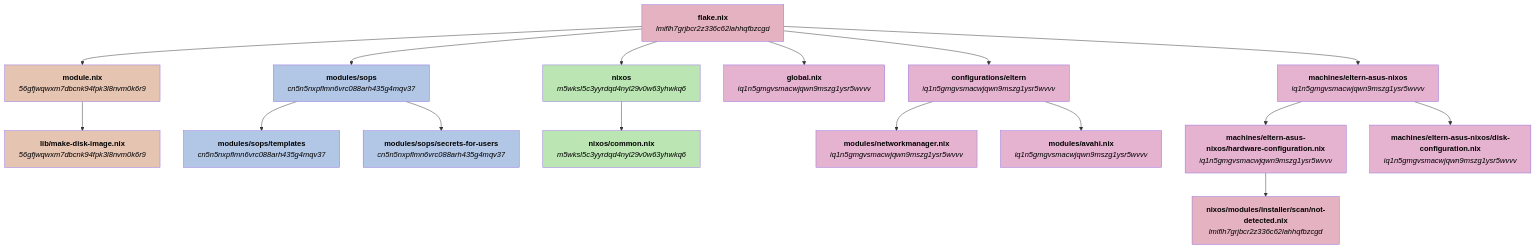
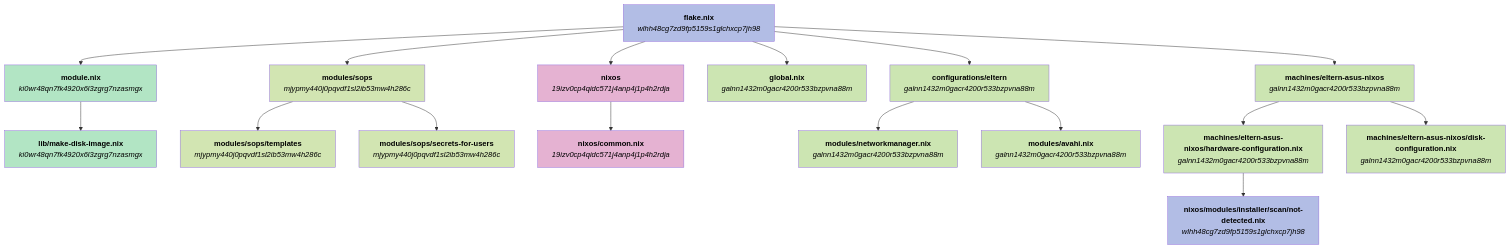
The first of 6 diagrams in GRAPHS.md (welles/nixos-config), drawn with Mermaid before and after one commit. The commit also changed other lines of this file, not shown here.

Commit message:
Update configuration graphs file

````diff
--- a/GRAPHS.md
+++ b/GRAPHS.md
@@ -5,82 +5,82 @@
 ```mermaid
 flowchart TD
-    nlmiflh7grjbcr2z336c62lahhqfbzcgd_flake_nix["`**flake.nix**
+    nwlhh48cg7zd9fp5159s1glchxcp7jh98_flake_nix["`**flake.nix**
 
-_lmiflh7grjbcr2z336c62lahhqfbzcgd_`"]
-    n56gfjwqwxm7dbcnk94fpk3l8nvm0k6r9_module_nix["`**module.nix**
+_wlhh48cg7zd9fp5159s1glchxcp7jh98_`"]
+    nki0wr48qn7fk4920x6l3zgrg7nzasmgx_module_nix["`**module.nix**
 
-_56gfjwqwxm7dbcnk94fpk3l8nvm0k6r9_`"]
-    n56gfjwqwxm7dbcnk94fpk3l8nvm0k6r9_lib_make_disk_image_nix["`**lib/make-disk-image.nix**
+_ki0wr48qn7fk4920x6l3zgrg7nzasmgx_`"]
+    nki0wr48qn7fk4920x6l3zgrg7nzasmgx_lib_make_disk_image_nix["`**lib/make-disk-image.nix**
 
-_56gfjwqwxm7dbcnk94fpk3l8nvm0k6r9_`"]
-    ncn5n5nxpflmn6vrc088arh435g4mqv37_modules_sops["`**modules/sops**
+_ki0wr48qn7fk4920x6l3zgrg7nzasmgx_`"]
+    nmjypmy440j0pqvdf1sl2ib53mw4h286c_modules_sops["`**modules/sops**
 
-_cn5n5nxpflmn6vrc088arh435g4mqv37_`"]
-    ncn5n5nxpflmn6vrc088arh435g4mqv37_modules_sops_templates["`**modules/sops/templates**
+_mjypmy440j0pqvdf1sl2ib53mw4h286c_`"]
+    nmjypmy440j0pqvdf1sl2ib53mw4h286c_modules_sops_templates["`**modules/sops/templates**
 
-_cn5n5nxpflmn6vrc088arh435g4mqv37_`"]
-    ncn5n5nxpflmn6vrc088arh435g4mqv37_modules_sops_secrets_for_users["`**modules/sops/secrets-for-users**
+_mjypmy440j0pqvdf1sl2ib53mw4h286c_`"]
+    nmjypmy440j0pqvdf1sl2ib53mw4h286c_modules_sops_secrets_for_users["`**modules/sops/secrets-for-users**
 
-_cn5n5nxpflmn6vrc088arh435g4mqv37_`"]
-    nm5wksl5c3yyrdqd4nyl29v0w63yhwkq6_nixos["`**nixos**
+_mjypmy440j0pqvdf1sl2ib53mw4h286c_`"]
+    n19izv0cp4qidc571j4anp4j1p4h2rdja_nixos["`**nixos**
 
-_m5wksl5c3yyrdqd4nyl29v0w63yhwkq6_`"]
-    nm5wksl5c3yyrdqd4nyl29v0w63yhwkq6_nixos_common_nix["`**nixos/common.nix**
+_19izv0cp4qidc571j4anp4j1p4h2rdja_`"]
+    n19izv0cp4qidc571j4anp4j1p4h2rdja_nixos_common_nix["`**nixos/common.nix**
 
-_m5wksl5c3yyrdqd4nyl29v0w63yhwkq6_`"]
-    niq1n5gmgvsmacwjqwn9mszg1ysr5wvvv_global_nix["`**global.nix**
+_19izv0cp4qidc571j4anp4j1p4h2rdja_`"]
+    ngalnn1432m0gacr4200r533bzpvna88m_global_nix["`**global.nix**
 
-_iq1n5gmgvsmacwjqwn9mszg1ysr5wvvv_`"]
-    niq1n5gmgvsmacwjqwn9mszg1ysr5wvvv_configurations_eltern["`**configurations/eltern**
+_galnn1432m0gacr4200r533bzpvna88m_`"]
+    ngalnn1432m0gacr4200r533bzpvna88m_configurations_eltern["`**configurations/eltern**
 
-_iq1n5gmgvsmacwjqwn9mszg1ysr5wvvv_`"]
-    niq1n5gmgvsmacwjqwn9mszg1ysr5wvvv_modules_networkmanager_nix["`**modules/networkmanager.nix**
+_galnn1432m0gacr4200r533bzpvna88m_`"]
+    ngalnn1432m0gacr4200r533bzpvna88m_modules_networkmanager_nix["`**modules/networkmanager.nix**
 
-_iq1n5gmgvsmacwjqwn9mszg1ysr5wvvv_`"]
-    niq1n5gmgvsmacwjqwn9mszg1ysr5wvvv_modules_avahi_nix["`**modules/avahi.nix**
+_galnn1432m0gacr4200r533bzpvna88m_`"]
+    ngalnn1432m0gacr4200r533bzpvna88m_modules_avahi_nix["`**modules/avahi.nix**
 
-_iq1n5gmgvsmacwjqwn9mszg1ysr5wvvv_`"]
-    niq1n5gmgvsmacwjqwn9mszg1ysr5wvvv_machines_eltern_asus_nixos["`**machines/eltern-asus-nixos**
+_galnn1432m0gacr4200r533bzpvna88m_`"]
+    ngalnn1432m0gacr4200r533bzpvna88m_machines_eltern_asus_nixos["`**machines/eltern-asus-nixos**
 
-_iq1n5gmgvsmacwjqwn9mszg1ysr5wvvv_`"]
-    niq1n5gmgvsmacwjqwn9mszg1ysr5wvvv_machines_eltern_asus_nixos_hardware_configuration_nix["`**machines/eltern-asus-nixos/hardware-configuration.nix**
+_galnn1432m0gacr4200r533bzpvna88m_`"]
+    ngalnn1432m0gacr4200r533bzpvna88m_machines_eltern_asus_nixos_hardware_configuration_nix["`**machines/eltern-asus-nixos/hardware-configuration.nix**
 
-_iq1n5gmgvsmacwjqwn9mszg1ysr5wvvv_`"]
-    nlmiflh7grjbcr2z336c62lahhqfbzcgd_nixos_modules_installer_scan_not_detected_nix["`**nixos/modules/installer/scan/not-detected.nix**
+_galnn1432m0gacr4200r533bzpvna88m_`"]
+    nwlhh48cg7zd9fp5159s1glchxcp7jh98_nixos_modules_installer_scan_not_detected_nix["`**nixos/modules/installer/scan/not-detected.nix**
 
-_lmiflh7grjbcr2z336c62lahhqfbzcgd_`"]
-    niq1n5gmgvsmacwjqwn9mszg1ysr5wvvv_machines_eltern_asus_nixos_disk_configuration_nix["`**machines/eltern-asus-nixos/disk-configuration.nix**
+_wlhh48cg7zd9fp5159s1glchxcp7jh98_`"]
+    ngalnn1432m0gacr4200r533bzpvna88m_machines_eltern_asus_nixos_disk_configuration_nix["`**machines/eltern-asus-nixos/disk-configuration.nix**
 
-_iq1n5gmgvsmacwjqwn9mszg1ysr5wvvv_`"]
-    nlmiflh7grjbcr2z336c62lahhqfbzcgd_flake_nix --> n56gfjwqwxm7dbcnk94fpk3l8nvm0k6r9_module_nix
-    nlmiflh7grjbcr2z336c62lahhqfbzcgd_flake_nix --> ncn5n5nxpflmn6vrc088arh435g4mqv37_modules_sops
-    nlmiflh7grjbcr2z336c62lahhqfbzcgd_flake_nix --> nm5wksl5c3yyrdqd4nyl29v0w63yhwkq6_nixos
-    nlmiflh7grjbcr2z336c62lahhqfbzcgd_flake_nix --> niq1n5gmgvsmacwjqwn9mszg1ysr5wvvv_global_nix
-    nlmiflh7grjbcr2z336c62lahhqfbzcgd_flake_nix --> niq1n5gmgvsmacwjqwn9mszg1ysr5wvvv_configurations_eltern
-    nlmiflh7grjbcr2z336c62lahhqfbzcgd_flake_nix --> niq1n5gmgvsmacwjqwn9mszg1ysr5wvvv_machines_eltern_asus_nixos
-    n56gfjwqwxm7dbcnk94fpk3l8nvm0k6r9_module_nix --> n56gfjwqwxm7dbcnk94fpk3l8nvm0k6r9_lib_make_disk_image_nix
-    ncn5n5nxpflmn6vrc088arh435g4mqv37_modules_sops --> ncn5n5nxpflmn6vrc088arh435g4mqv37_modules_sops_templates
-    ncn5n5nxpflmn6vrc088arh435g4mqv37_modules_sops --> ncn5n5nxpflmn6vrc088arh435g4mqv37_modules_sops_secrets_for_users
-    nm5wksl5c3yyrdqd4nyl29v0w63yhwkq6_nixos --> nm5wksl5c3yyrdqd4nyl29v0w63yhwkq6_nixos_common_nix
-    niq1n5gmgvsmacwjqwn9mszg1ysr5wvvv_configurations_eltern --> niq1n5gmgvsmacwjqwn9mszg1ysr5wvvv_modules_networkmanager_nix
-    niq1n5gmgvsmacwjqwn9mszg1ysr5wvvv_configurations_eltern --> niq1n5gmgvsmacwjqwn9mszg1ysr5wvvv_modules_avahi_nix
-    niq1n5gmgvsmacwjqwn9mszg1ysr5wvvv_machines_eltern_asus_nixos --> niq1n5gmgvsmacwjqwn9mszg1ysr5wvvv_machines_eltern_asus_nixos_hardware_configuration_nix
-    niq1n5gmgvsmacwjqwn9mszg1ysr5wvvv_machines_eltern_asus_nixos --> niq1n5gmgvsmacwjqwn9mszg1ysr5wvvv_machines_eltern_asus_nixos_disk_configuration_nix
-    niq1n5gmgvsmacwjqwn9mszg1ysr5wvvv_machines_eltern_asus_nixos_hardware_configuration_nix --> nlmiflh7grjbcr2z336c62lahhqfbzcgd_nixos_modules_installer_scan_not_detected_nix
-    style nlmiflh7grjbcr2z336c62lahhqfbzcgd_flake_nix fill:#e5b2c2,color:#000000
-    style n56gfjwqwxm7dbcnk94fpk3l8nvm0k6r9_module_nix fill:#e5c4b2,color:#000000
-    style n56gfjwqwxm7dbcnk94fpk3l8nvm0k6r9_lib_make_disk_image_nix fill:#e5c4b2,color:#000000
-    style ncn5n5nxpflmn6vrc088arh435g4mqv37_modules_sops fill:#b2c6e5,color:#000000
-    style ncn5n5nxpflmn6vrc088arh435g4mqv37_modules_sops_templates fill:#b2c6e5,color:#000000
-    style ncn5n5nxpflmn6vrc088arh435g4mqv37_modules_sops_secrets_for_users fill:#b2c6e5,color:#000000
-    style nm5wksl5c3yyrdqd4nyl29v0w63yhwkq6_nixos fill:#bbe5b2,color:#000000
-    style nm5wksl5c3yyrdqd4nyl29v0w63yhwkq6_nixos_common_nix fill:#bbe5b2,color:#000000
-    style niq1n5gmgvsmacwjqwn9mszg1ysr5wvvv_global_nix fill:#e5b2d0,color:#000000
-    style niq1n5gmgvsmacwjqwn9mszg1ysr5wvvv_configurations_eltern fill:#e5b2d0,color:#000000
-    style niq1n5gmgvsmacwjqwn9mszg1ysr5wvvv_modules_networkmanager_nix fill:#e5b2d0,color:#000000
-    style niq1n5gmgvsmacwjqwn9mszg1ysr5wvvv_modules_avahi_nix fill:#e5b2d0,color:#000000
-    style niq1n5gmgvsmacwjqwn9mszg1ysr5wvvv_machines_eltern_asus_nixos fill:#e5b2d0,color:#000000
-    style niq1n5gmgvsmacwjqwn9mszg1ysr5wvvv_machines_eltern_asus_nixos_hardware_configuration_nix fill:#e5b2d0,color:#000000
-    style nlmiflh7grjbcr2z336c62lahhqfbzcgd_nixos_modules_installer_scan_not_detected_nix fill:#e5b2c2,color:#000000
-    style niq1n5gmgvsmacwjqwn9mszg1ysr5wvvv_machines_eltern_asus_nixos_disk_configuration_nix fill:#e5b2d0,color:#000000
+_galnn1432m0gacr4200r533bzpvna88m_`"]
+    nwlhh48cg7zd9fp5159s1glchxcp7jh98_flake_nix --> nki0wr48qn7fk4920x6l3zgrg7nzasmgx_module_nix
+    nwlhh48cg7zd9fp5159s1glchxcp7jh98_flake_nix --> nmjypmy440j0pqvdf1sl2ib53mw4h286c_modules_sops
+    nwlhh48cg7zd9fp5159s1glchxcp7jh98_flake_nix --> n19izv0cp4qidc571j4anp4j1p4h2rdja_nixos
+    nwlhh48cg7zd9fp5159s1glchxcp7jh98_flake_nix --> ngalnn1432m0gacr4200r533bzpvna88m_global_nix
+    nwlhh48cg7zd9fp5159s1glchxcp7jh98_flake_nix --> ngalnn1432m0gacr4200r533bzpvna88m_configurations_eltern
+    nwlhh48cg7zd9fp5159s1glchxcp7jh98_flake_nix --> ngalnn1432m0gacr4200r533bzpvna88m_machines_eltern_asus_nixos
+    nki0wr48qn7fk4920x6l3zgrg7nzasmgx_module_nix --> nki0wr48qn7fk4920x6l3zgrg7nzasmgx_lib_make_disk_image_nix
+    nmjypmy440j0pqvdf1sl2ib53mw4h286c_modules_sops --> nmjypmy440j0pqvdf1sl2ib53mw4h286c_modules_sops_templates
+    nmjypmy440j0pqvdf1sl2ib53mw4h286c_modules_sops --> nmjypmy440j0pqvdf1sl2ib53mw4h286c_modules_sops_secrets_for_users
+    n19izv0cp4qidc571j4anp4j1p4h2rdja_nixos --> n19izv0cp4qidc571j4anp4j1p4h2rdja_nixos_common_nix
+    ngalnn1432m0gacr4200r533bzpvna88m_configurations_eltern --> ngalnn1432m0gacr4200r533bzpvna88m_modules_networkmanager_nix
+    ngalnn1432m0gacr4200r533bzpvna88m_configurations_eltern --> ngalnn1432m0gacr4200r533bzpvna88m_modules_avahi_nix
+    ngalnn1432m0gacr4200r533bzpvna88m_machines_eltern_asus_nixos --> ngalnn1432m0gacr4200r533bzpvna88m_machines_eltern_asus_nixos_hardware_configuration_nix
+    ngalnn1432m0gacr4200r533bzpvna88m_machines_eltern_asus_nixos --> ngalnn1432m0gacr4200r533bzpvna88m_machines_eltern_asus_nixos_disk_configuration_nix
+    ngalnn1432m0gacr4200r533bzpvna88m_machines_eltern_asus_nixos_hardware_configuration_nix --> nwlhh48cg7zd9fp5159s1glchxcp7jh98_nixos_modules_installer_scan_not_detected_nix
+    style nwlhh48cg7zd9fp5159s1glchxcp7jh98_flake_nix fill:#b2bde5,color:#000000
+    style nki0wr48qn7fk4920x6l3zgrg7nzasmgx_module_nix fill:#b2e5c4,color:#000000
+    style nki0wr48qn7fk4920x6l3zgrg7nzasmgx_lib_make_disk_image_nix fill:#b2e5c4,color:#000000
+    style nmjypmy440j0pqvdf1sl2ib53mw4h286c_modules_sops fill:#d2e5b2,color:#000000
+    style nmjypmy440j0pqvdf1sl2ib53mw4h286c_modules_sops_templates fill:#d2e5b2,color:#000000
+    style nmjypmy440j0pqvdf1sl2ib53mw4h286c_modules_sops_secrets_for_users fill:#d2e5b2,color:#000000
+    style n19izv0cp4qidc571j4anp4j1p4h2rdja_nixos fill:#e5b2d2,color:#000000
+    style n19izv0cp4qidc571j4anp4j1p4h2rdja_nixos_common_nix fill:#e5b2d2,color:#000000
+    style ngalnn1432m0gacr4200r533bzpvna88m_global_nix fill:#cce5b2,color:#000000
+    style ngalnn1432m0gacr4200r533bzpvna88m_configurations_eltern fill:#cce5b2,color:#000000
+    style ngalnn1432m0gacr4200r533bzpvna88m_modules_networkmanager_nix fill:#cce5b2,color:#000000
+    style ngalnn1432m0gacr4200r533bzpvna88m_modules_avahi_nix fill:#cce5b2,color:#000000
+    style ngalnn1432m0gacr4200r533bzpvna88m_machines_eltern_asus_nixos fill:#cce5b2,color:#000000
+    style ngalnn1432m0gacr4200r533bzpvna88m_machines_eltern_asus_nixos_hardware_configuration_nix fill:#cce5b2,color:#000000
+    style nwlhh48cg7zd9fp5159s1glchxcp7jh98_nixos_modules_installer_scan_not_detected_nix fill:#b2bde5,color:#000000
+    style ngalnn1432m0gacr4200r533bzpvna88m_machines_eltern_asus_nixos_disk_configuration_nix fill:#cce5b2,color:#000000
 ```
````
